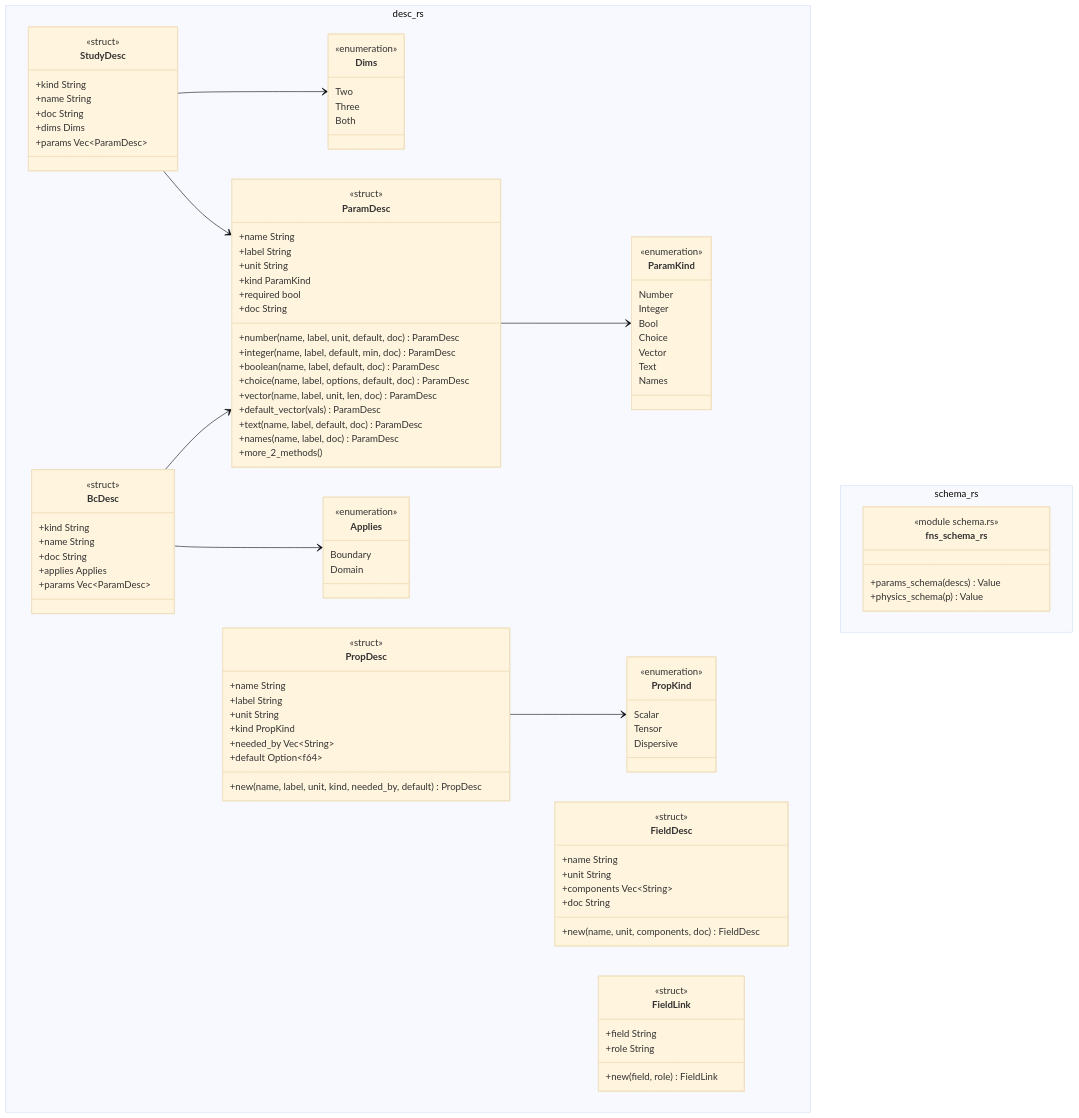
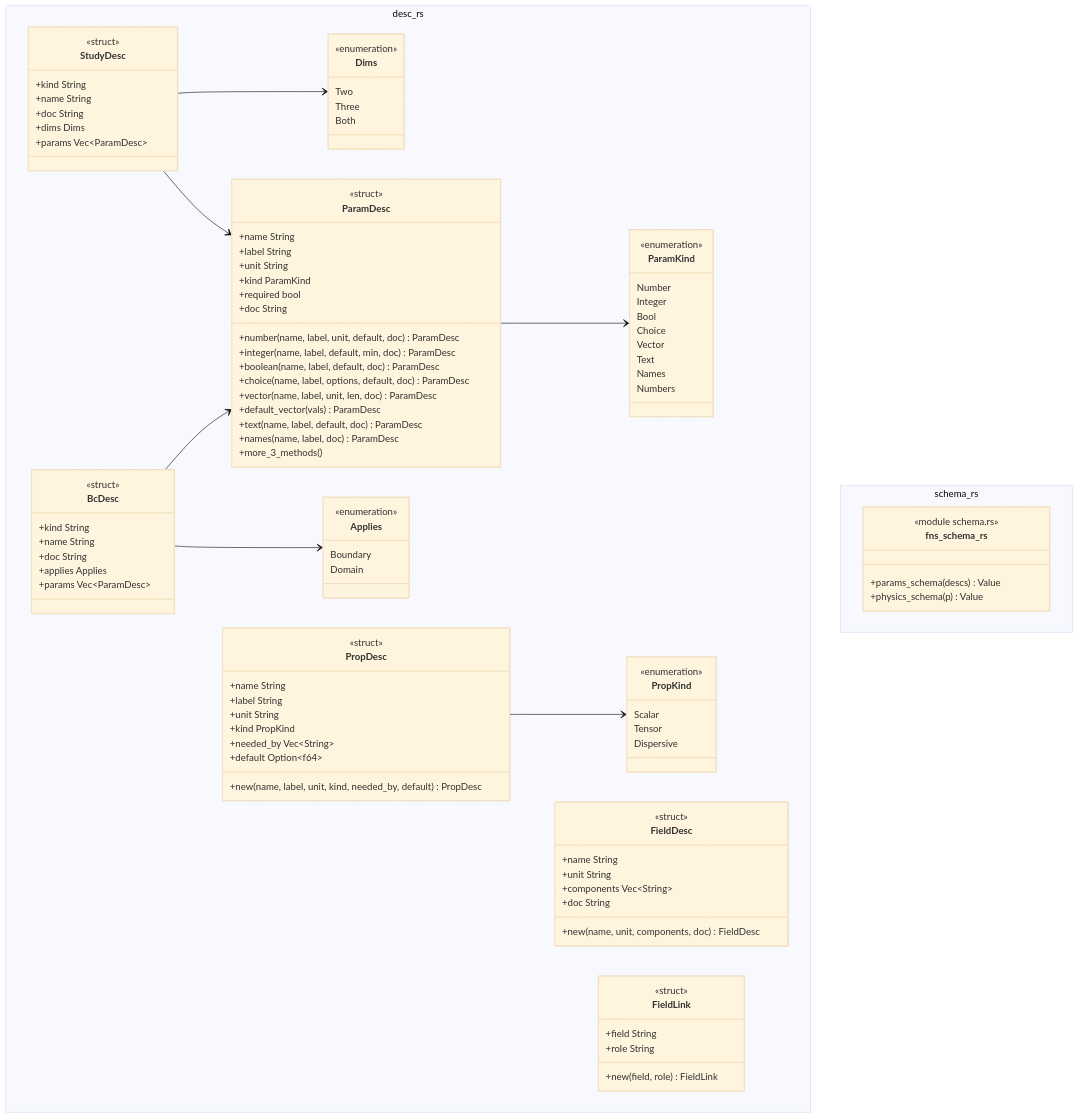
The diagram in docs/architecture/c4/4-code/physics/descriptors.md (p-j-r/nyx), drawn with Mermaid (base theme) before and after one commit. The commit also changed other lines of this file and 150 other files, not shown here.

```diff
--- a/docs/architecture/c4/4-code/physics/descriptors.md
+++ b/docs/architecture/c4/4-code/physics/descriptors.md
@@ -52,6 +52,7 @@
         Vector
         Text
         Names
+        Numbers
     }
     class ParamDesc {
         <<struct>>
@@ -69,7 +70,7 @@
         +default_vector(vals) ParamDesc
         +text(name, label, default, doc) ParamDesc
         +names(name, label, doc) ParamDesc
-        +more_2_methods()
+        +more_3_methods()
     }
     class StudyDesc {
         <<struct>>
```
